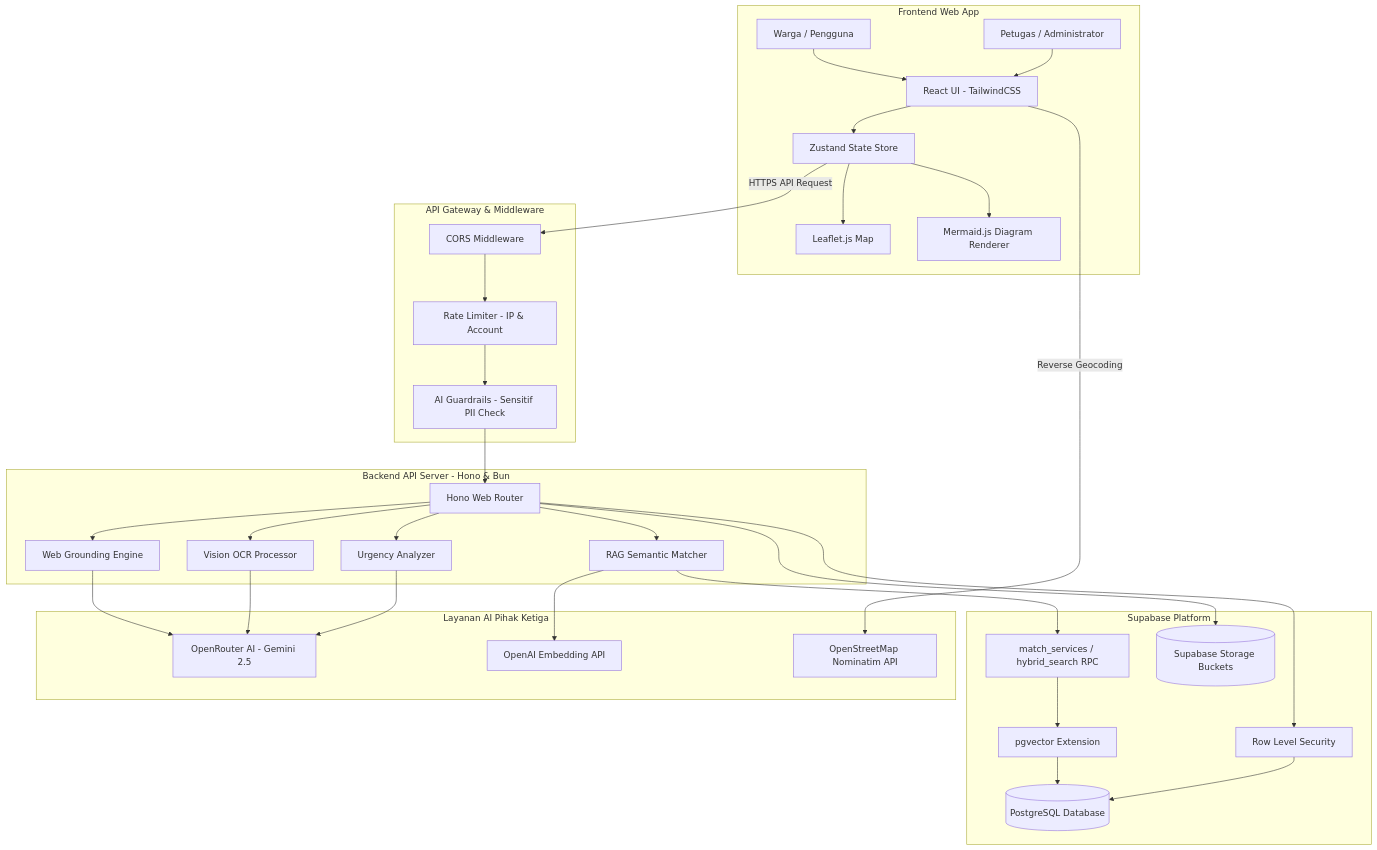
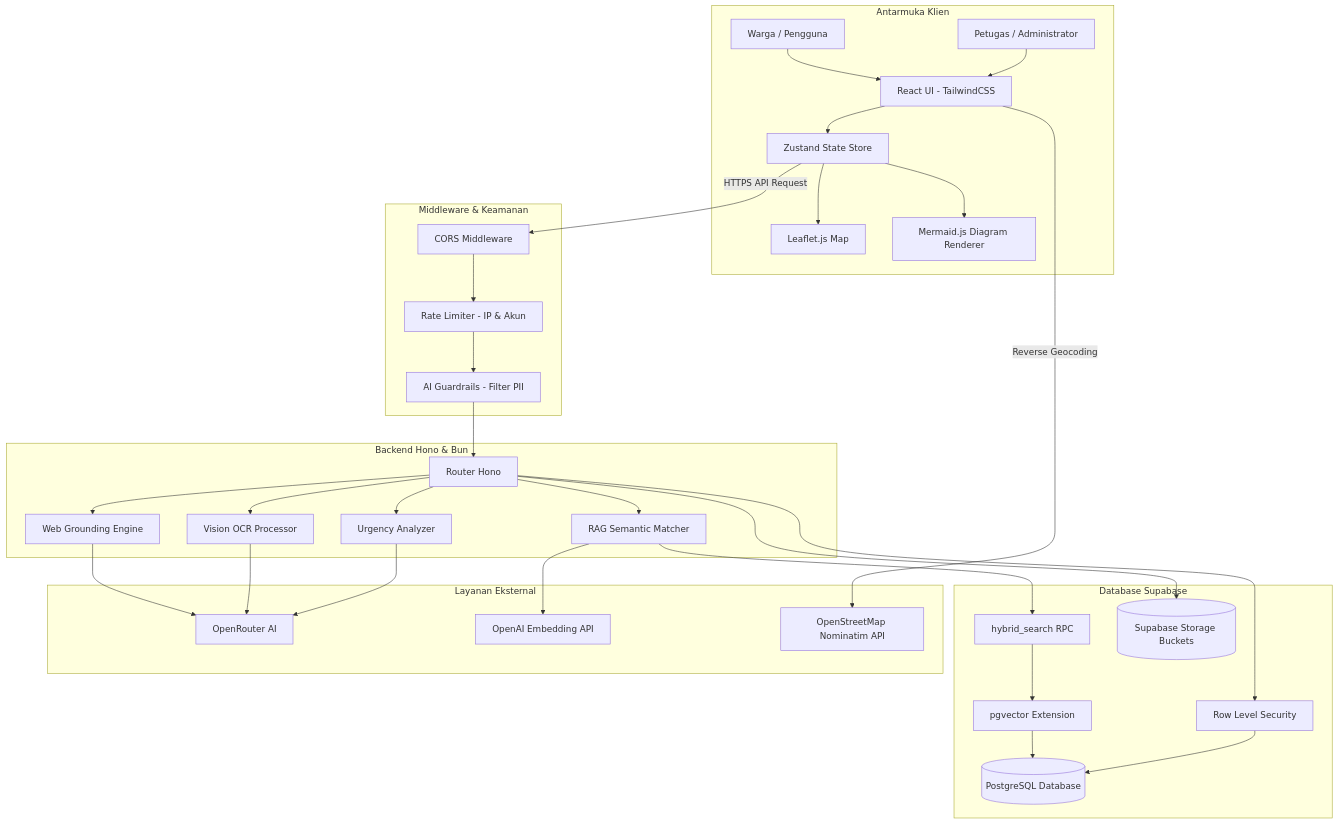
Before and after one commit to RyukaAngga/komunitasai: the diagram in README.md, drawn with Mermaid. The commit also changed other lines of this file and 5 other files, not shown here.

````diff
--- a/README.md
+++ b/README.md
@@ -55,69 +76,69 @@
 ```mermaid
 graph TD
     %% Client Side
-    subgraph Client_Side [Frontend Web App]
+    subgraph Klien_Web [Antarmuka Klien]
         User[Warga / Pengguna]
         Admin[Petugas / Administrator]
         UI[React UI - TailwindCSS]
         Store[Zustand State Store]
         Leaflet[Leaflet.js Map]
         Mermaid[Mermaid.js Diagram Renderer]
     end
 
     %% Network & Gateway
-    subgraph Gateway_Layer [API Gateway & Middleware]
+    subgraph Gerbang_API [Middleware & Keamanan]
         Cors[CORS Middleware]
-        Limit[Rate Limiter - IP & Account]
-        Guard[AI Guardrails - Sensitif PII Check]
+        Limit[Rate Limiter - IP & Akun]
+        Guard[AI Guardrails - Filter PII]
     end
 
     %% Service API
-    subgraph App_Server [Backend API Server - Hono & Bun]
-        Hono[Hono Web Router]
+    subgraph Server_API [Backend Hono & Bun]
+        Hono[Router Hono]
         RAG[RAG Semantic Matcher]
         Search[Web Grounding Engine]
         OCR[Vision OCR Processor]
         Urgency[Urgency Analyzer]
-    end
+      end
 
     %% Database & Cloud Resources
-    subgraph Database_Cloud [Supabase Platform]
+    subgraph Supabase_Cloud [Database Supabase]
         DB[(PostgreSQL Database)]
         RLS[Row Level Security]
         PgVector[pgvector Extension]
-        RPC[match_services / hybrid_search RPC]
+        RPC[hybrid_search RPC]
         Storage[(Supabase Storage Buckets)]
     end
 
     %% External AI Models
-    subgraph LLM_API [Layanan AI Pihak Ketiga]
-        OpenRouter[OpenRouter AI - Gemini 2.5]
+    subgraph Model_AI [Layanan Eksternal]
+        OpenRouter[OpenRouter AI]
         Embedding[OpenAI Embedding API]
         OSM[OpenStreetMap Nominatim API]
     end
 
     %% Flow Connections
     User & Admin --> UI
     UI --> Store
     Store --> Leaflet & Mermaid
     Store -- HTTPS API Request --> Cors
     Cors --> Limit
     Limit --> Guard
     Guard --> Hono
     
     Hono --> RAG & Search & OCR & Urgency
     
     RAG --> Embedding
     RAG --> RPC
     RPC --> PgVector
     PgVector --> DB
     Hono --> RLS
     RLS --> DB
     Hono --> Storage
     
     Search --> OpenRouter
     OCR --> OpenRouter
     Urgency --> OpenRouter
     
     UI -- Reverse Geocoding --> OSM
 ```
````
